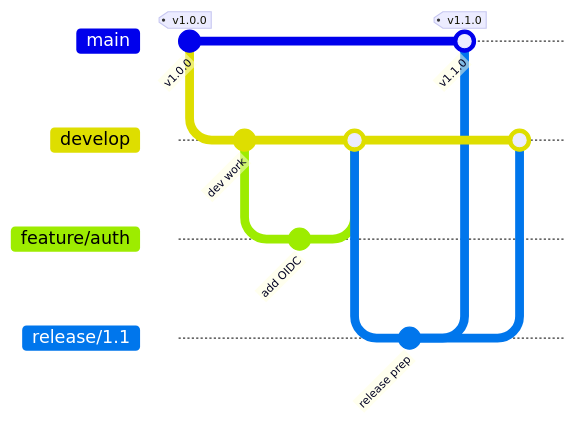
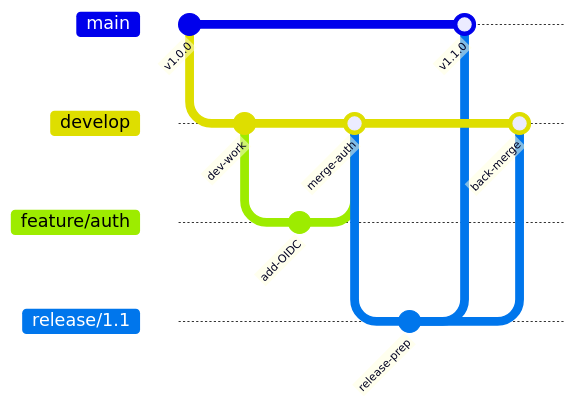
The fourth of 4 diagrams in git/branching/README.md (AkashKhuranaDev/automation-lab), drawn with Mermaid before and after one commit. The commit also changed other lines of this file and 15 other files, not shown here.

````diff
--- a/git/branching/README.md
+++ b/git/branching/README.md
@@ -92,16 +134,16 @@
 ```mermaid
 gitGraph
-   commit id: "v1.0.0" tag: "v1.0.0"
+   commit id: "v1.0.0"
    branch develop
-   commit id: "dev work"
+   commit id: "dev-work"
    branch feature/auth
-   commit id: "add OIDC"
+   commit id: "add-OIDC"
    checkout develop
-   merge feature/auth
+   merge feature/auth id: "merge-auth"
    branch release/1.1
-   commit id: "release prep"
+   commit id: "release-prep"
    checkout main
-   merge release/1.1 id: "v1.1.0" tag: "v1.1.0"
+   merge release/1.1 id: "v1.1.0"
    checkout develop
-   merge release/1.1
+   merge release/1.1 id: "back-merge"
 ```
````
